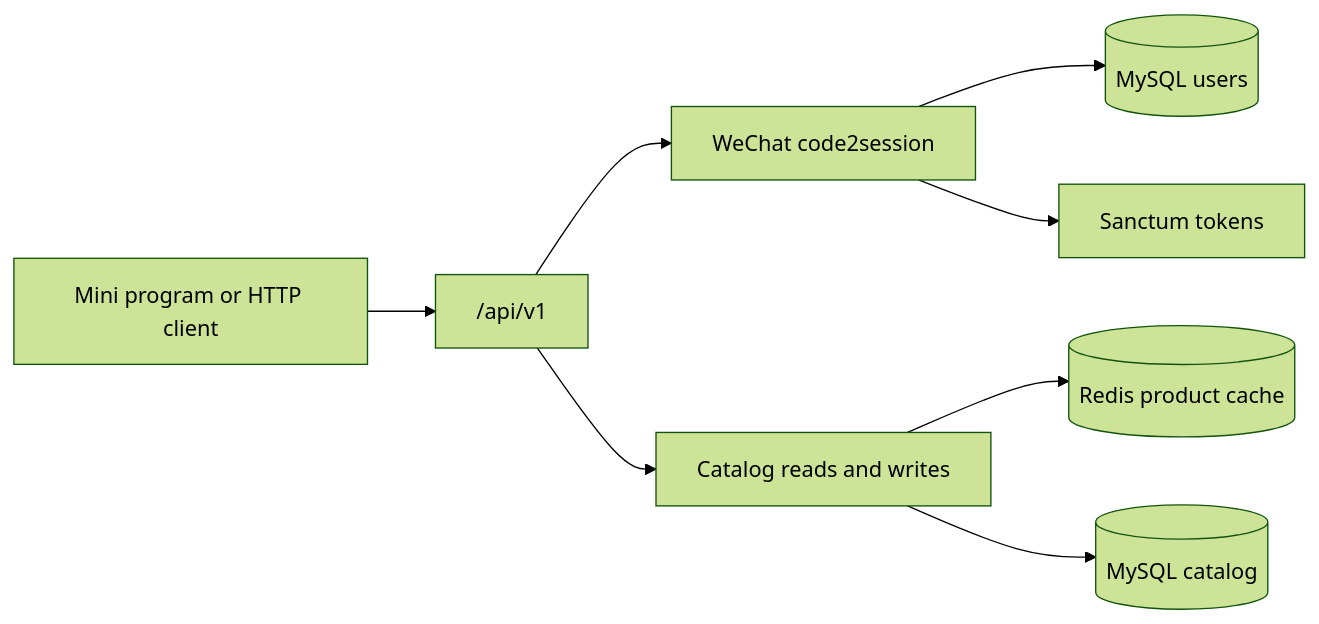
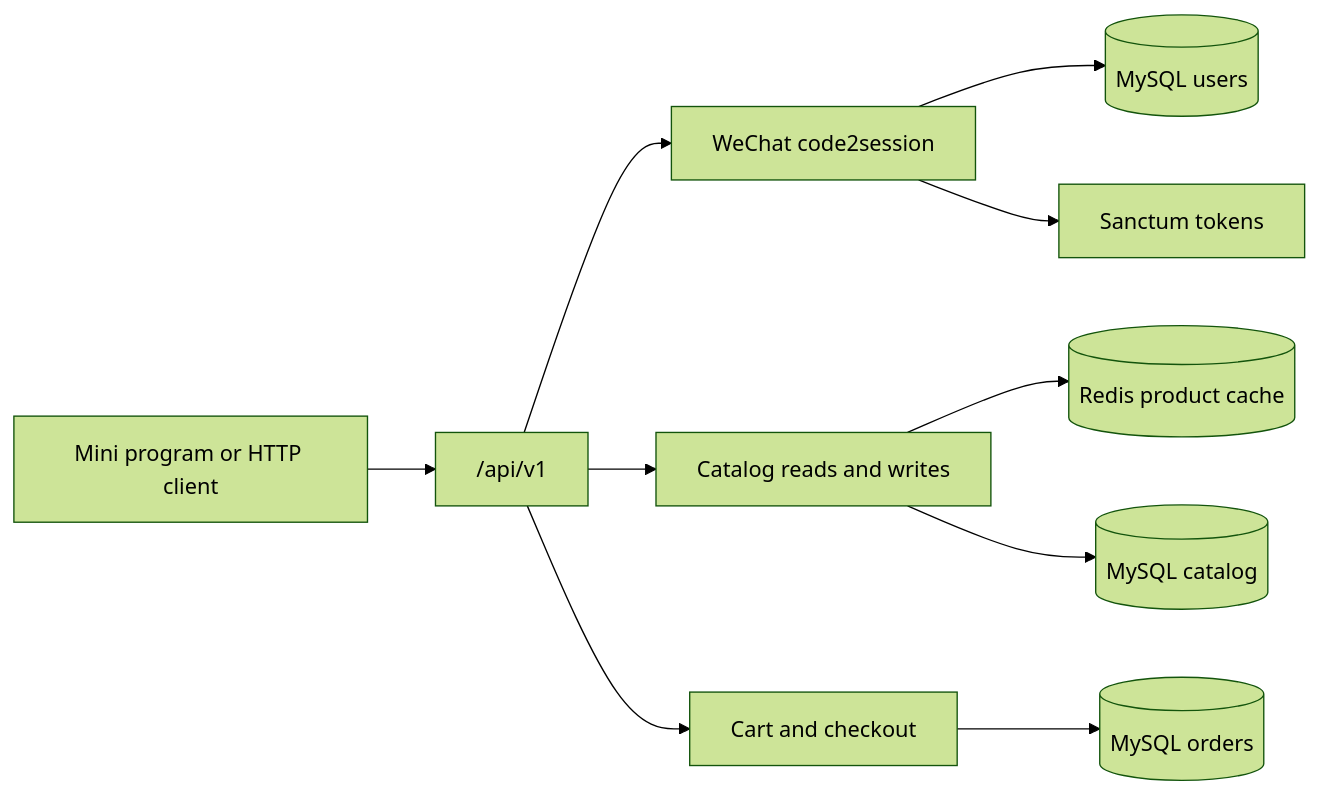
The first of 3 diagrams in README.md (z18666607076-tech/flashmall-api), drawn with Mermaid (forest theme) before and after one commit. The commit also changed other lines of this file and 84 other files, not shown here.

First line of the commit message:
feat: add cart, orders, and flash-sale stock holds (#2)

````diff
--- a/README.md
+++ b/README.md
@@ -41,10 +47,12 @@
 ```mermaid
 flowchart LR
   Client[Mini program or HTTP client] --> API["/api/v1"]
   API --> Login[WeChat code2session]
   API --> Catalog[Catalog reads and writes]
+  API --> Cart[Cart and checkout]
   Login --> Users[(MySQL users)]
   Login --> Tokens[Sanctum tokens]
   Catalog --> Cache[(Redis product cache)]
   Catalog --> CatalogDB[(MySQL catalog)]
+  Cart --> Orders[(MySQL orders)]
 ```
````
